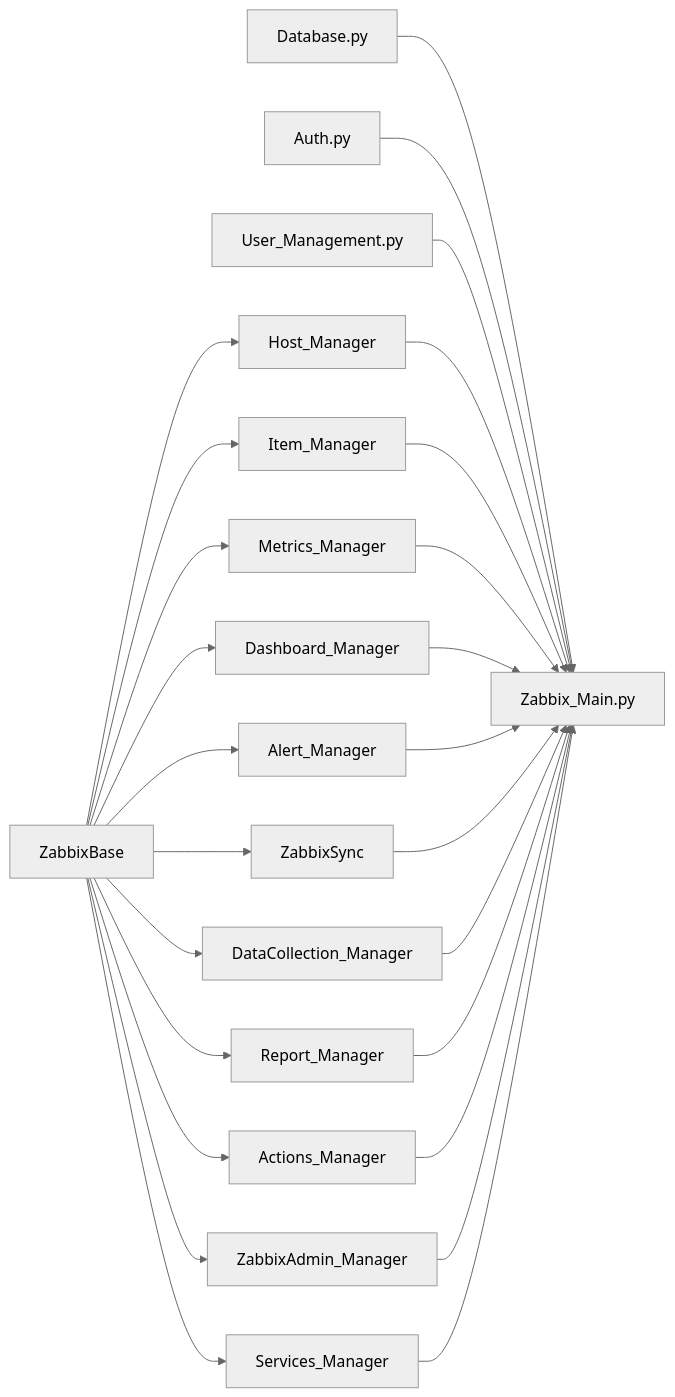
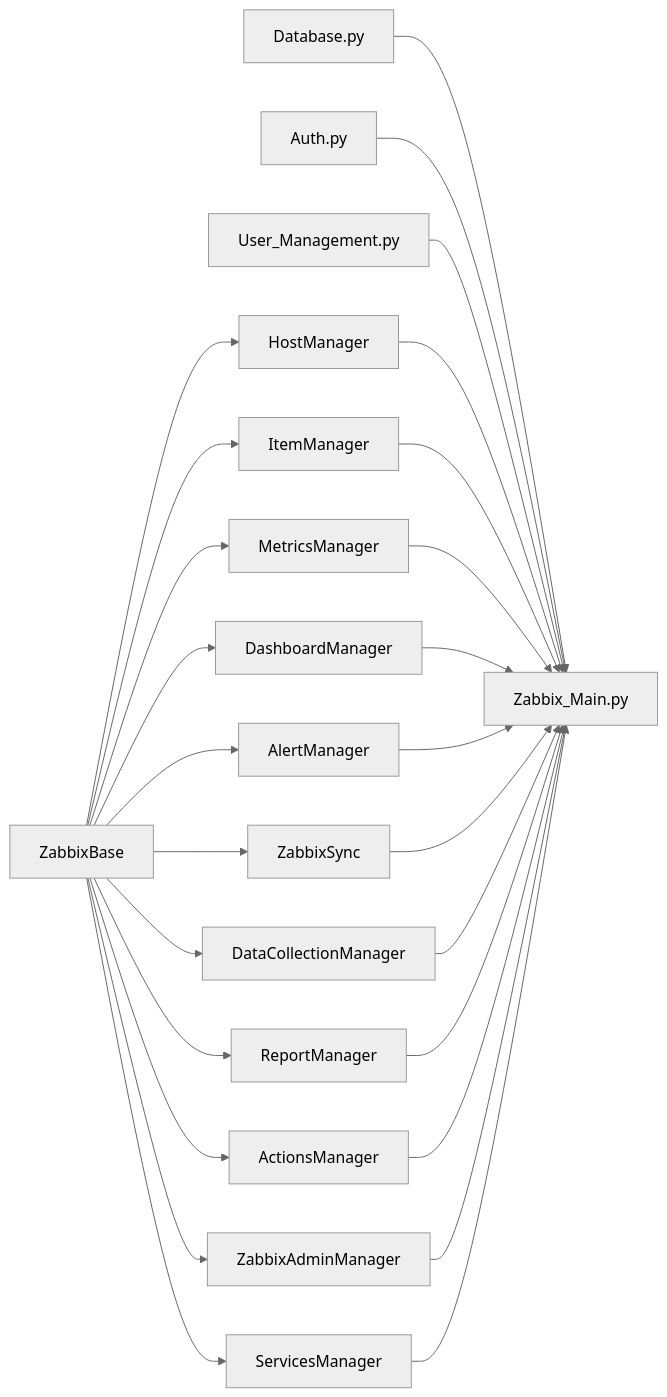
Before and after one commit to idokuli/Zabbix_Portal: the diagram in CLAUDE.md, drawn with Mermaid (neutral theme). The commit also changed other lines of this file and 128 other files, not shown here.

````diff
--- a/CLAUDE.md
+++ b/CLAUDE.md
@@ -184,28 +208,28 @@
 ```mermaid
 flowchart LR
-    ZabbixBase --> Host_Manager
-    ZabbixBase --> Item_Manager
-    ZabbixBase --> Metrics_Manager
-    ZabbixBase --> Dashboard_Manager
-    ZabbixBase --> Alert_Manager
+    ZabbixBase --> HostManager
+    ZabbixBase --> ItemManager
+    ZabbixBase --> MetricsManager
+    ZabbixBase --> DashboardManager
+    ZabbixBase --> AlertManager
     ZabbixBase --> ZabbixSync
-    ZabbixBase --> DataCollection_Manager
-    ZabbixBase --> Report_Manager
-    ZabbixBase --> Actions_Manager
-    ZabbixBase --> ZabbixAdmin_Manager
-    ZabbixBase --> Services_Manager
+    ZabbixBase --> DataCollectionManager
+    ZabbixBase --> ReportManager
+    ZabbixBase --> ActionsManager
+    ZabbixBase --> ZabbixAdminManager
+    ZabbixBase --> ServicesManager
     Database.py --> main["Zabbix_Main.py"]
     Auth.py --> main
     User_Management.py --> main
-    Host_Manager --> main
-    Item_Manager --> main
-    Metrics_Manager --> main
-    Dashboard_Manager --> main
-    Alert_Manager --> main
+    HostManager --> main
+    ItemManager --> main
+    MetricsManager --> main
+    DashboardManager --> main
+    AlertManager --> main
     ZabbixSync --> main
-    DataCollection_Manager --> main
-    Report_Manager --> main
-    Actions_Manager --> main
-    ZabbixAdmin_Manager --> main
-    Services_Manager --> main
+    DataCollectionManager --> main
+    ReportManager --> main
+    ActionsManager --> main
+    ZabbixAdminManager --> main
+    ServicesManager --> main
 ```
````
